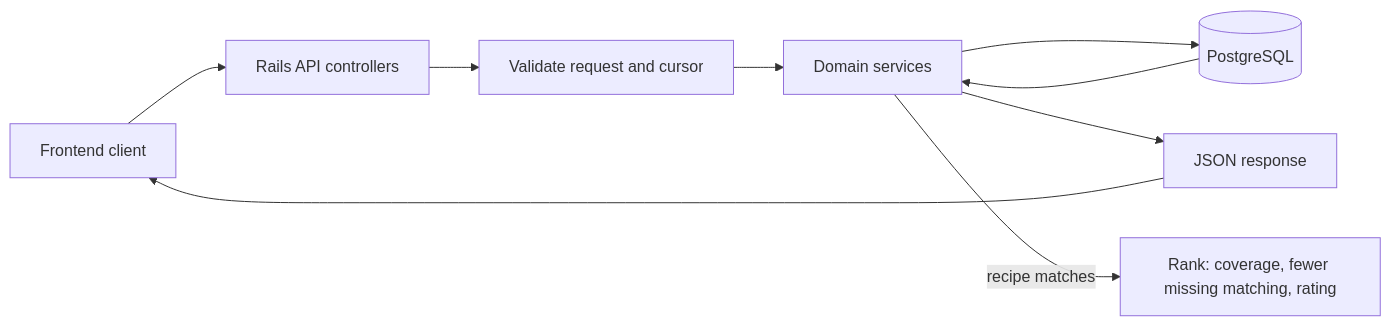
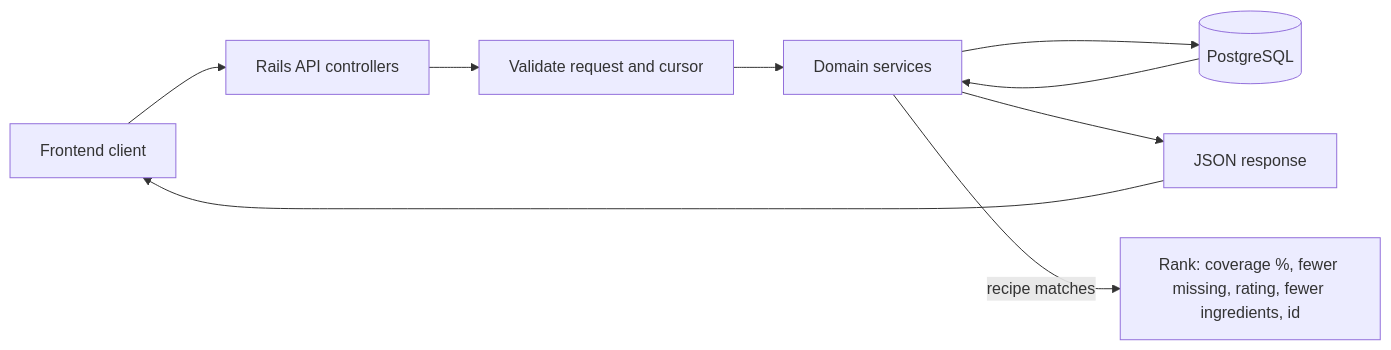
One commit to girls-incode/meal-planner changed the second of 2 diagrams in README.md. Above: the diagram before and after it, drawn with Mermaid. The commit also changed other lines of this file and 2 other files, not shown here.

````diff
--- a/README.md
+++ b/README.md
@@ -37,12 +37,12 @@
 ```mermaid
 flowchart LR
   C[Frontend client] --> R[Rails API controllers]
   R --> V[Validate request and cursor]
   V --> S[Domain services]
   S --> DB[(PostgreSQL)]
   DB --> S
   S --> J[JSON response]
   J --> C
 
-  S -->|recipe matches| X[Rank: coverage, fewer missing matching, rating]
+  S -->|recipe matches| X[Rank: coverage %, fewer missing, rating, fewer ingredients, id]
 ```
````
